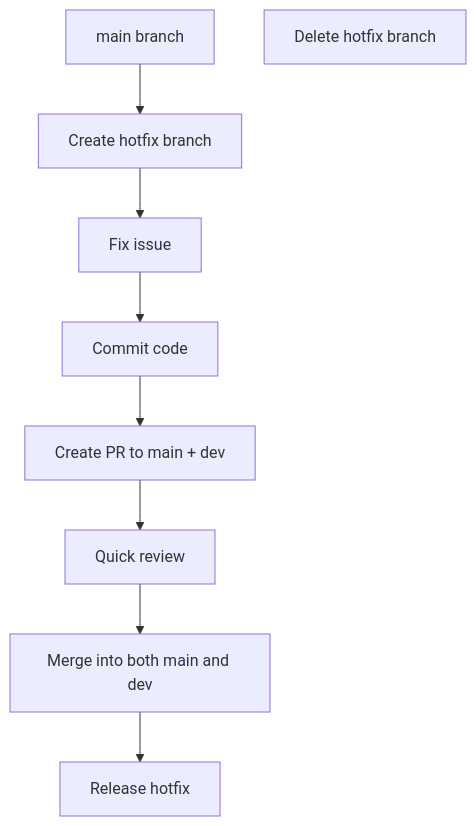
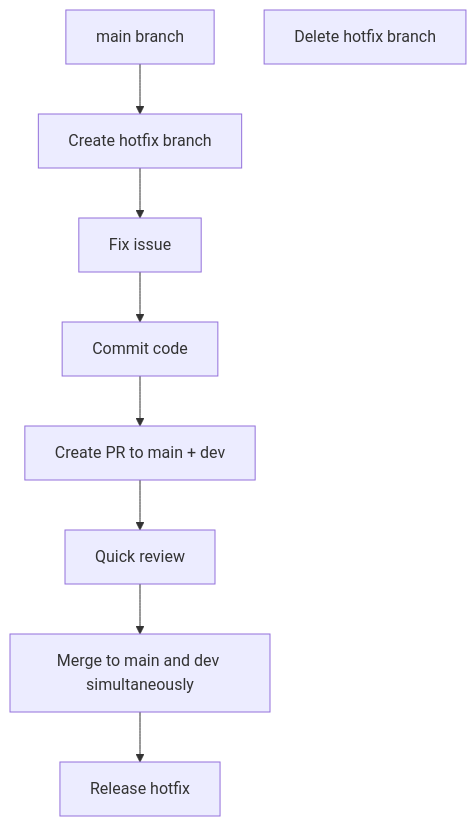
One commit to ChenXu233/YaoXiang changed the second of 3 diagrams in docs/src/en/dev/branch-maintenance-guide.md. Above: the diagram before and after it, drawn with Mermaid. The commit also changed other lines of this file and 4 other files, not shown here.

````diff
--- a/docs/src/en/dev/branch-maintenance-guide.md
+++ b/docs/src/en/dev/branch-maintenance-guide.md
@@ -168,11 +168,11 @@
 ```mermaid
 graph TD
     A[main branch] --> B[Create hotfix branch]
     B --> C[Fix issue]
     C --> D[Commit code]
     D --> E[Create PR to main + dev]
     E --> F[Quick review]
-    F --> G[Merge into both main and dev]
+    F --> G[Merge to main and dev simultaneously]
     G --> H[Release hotfix]
     I[Delete hotfix branch]
 ```
````
